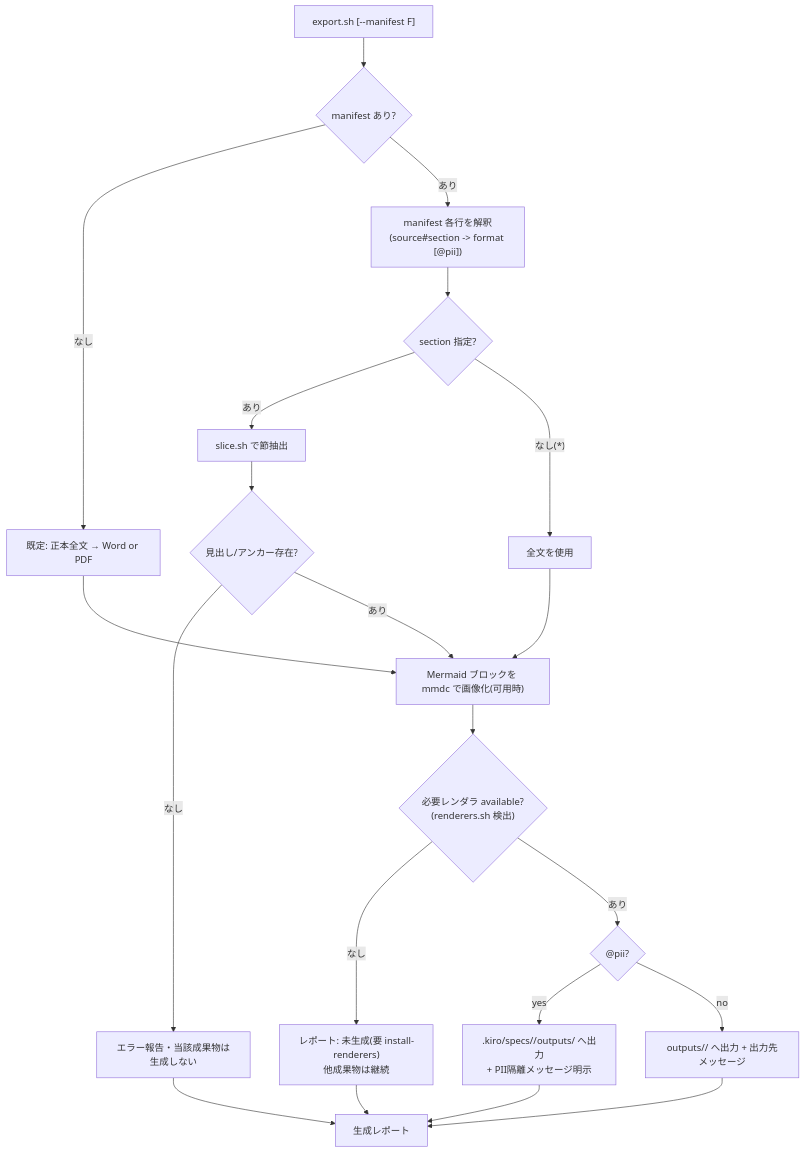
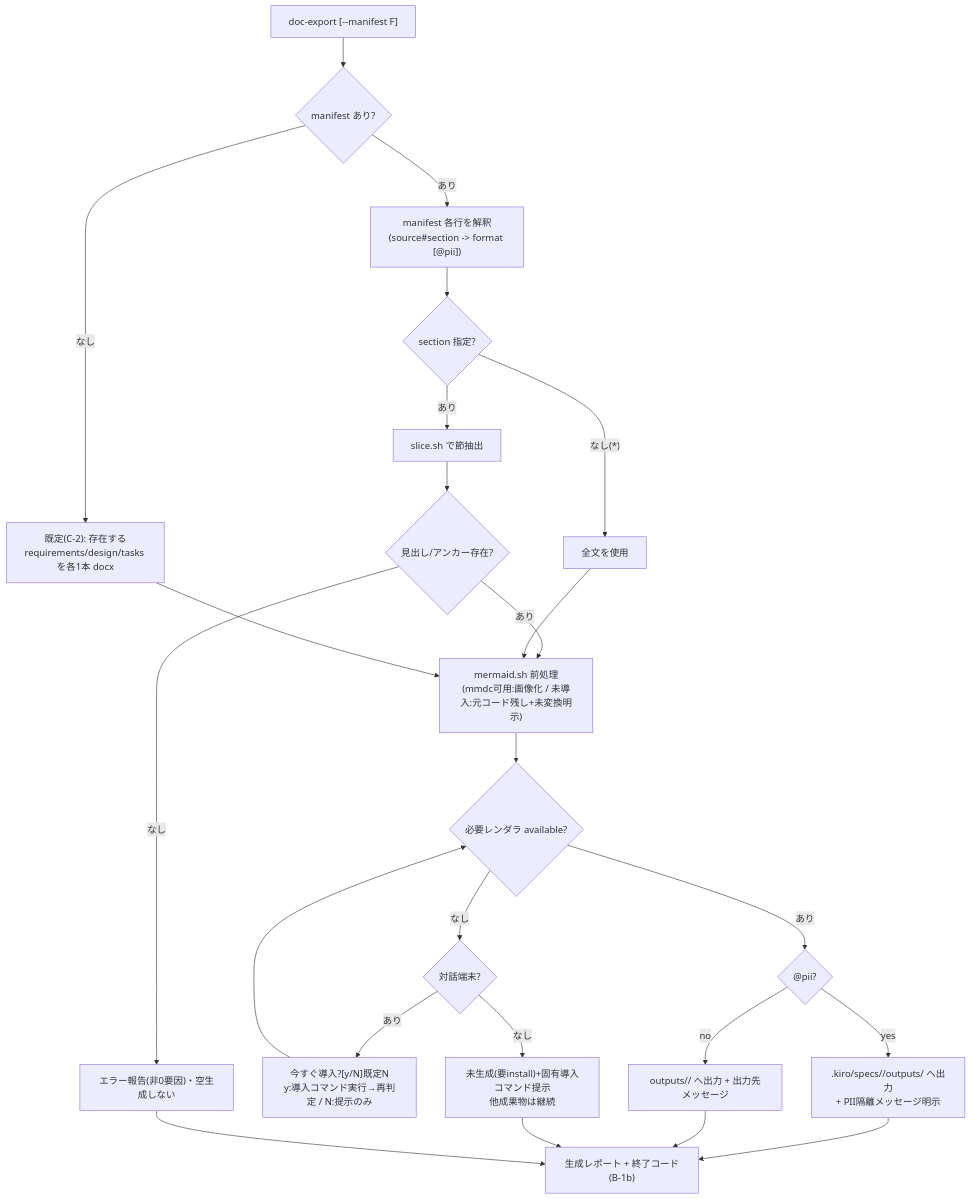
The second of 2 diagrams in .kiro/specs/two-tier-deliverables/design.md (kyamady-dorokid/sdd_base_template), drawn with Mermaid before and after one commit. The commit also changed other lines of this file and 16 other files, not shown here.

````diff
--- a/.kiro/specs/two-tier-deliverables/design.md
+++ b/.kiro/specs/two-tier-deliverables/design.md
@@ -149,23 +157,26 @@
 ```mermaid
 flowchart TD
-    A["export.sh <spec-id> [--manifest F]"] --> B{"manifest あり?"}
-    B -- なし --> D["既定: 正本全文 → Word or PDF"]
+    A["doc-export <spec-id> [--manifest F]"] --> B{"manifest あり?"}
+    B -- なし --> D["既定(C-2): 存在する<br>requirements/design/tasks を各1本 docx"]
     B -- あり --> C["manifest 各行を解釈<br>(source#section -> format [@pii])"]
     C --> E{"section 指定?"}
     E -- あり --> F["slice.sh で節抽出"]
     E -- なし(*) --> G["全文を使用"]
     F --> H{"見出し/アンカー存在?"}
-    H -- なし --> Z["エラー報告・当該成果物は生成しない"]
+    H -- なし --> Z["エラー報告(非0要因)・空生成しない"]
     H -- あり --> I
-    G --> I["Mermaid ブロックを mmdc で画像化(可用時)"]
+    G --> I["mermaid.sh 前処理<br>(mmdc可用:画像化 / 未導入:元コード残し+未変換明示)"]
     D --> I
-    I --> J{"必要レンダラ available?<br>(renderers.sh 検出)"}
-    J -- なし --> K["レポート: 未生成(要 install-renderers)<br>他成果物は継続"]
+    I --> J{"必要レンダラ available?"}
+    J -- なし --> P{"対話端末?"}
+    P -- あり --> Q["今すぐ導入?[y/N]既定N<br>y:導入コマンド実行→再判定 / N:提示のみ"]
+    P -- なし --> K["未生成(要install)+固有導入コマンド提示<br>他成果物は継続"]
+    Q --> J
     J -- あり --> L{"@pii?"}
     L -- yes --> M[".kiro/specs/<id>/outputs/ へ出力<br>+ PII隔離メッセージ明示"]
     L -- no --> N["outputs/<id>/ へ出力 + 出力先メッセージ"]
-    M --> O["生成レポート"]
+    M --> O["生成レポート + 終了コード(B-1b)"]
     N --> O
     K --> O
     Z --> O
 ```
````
